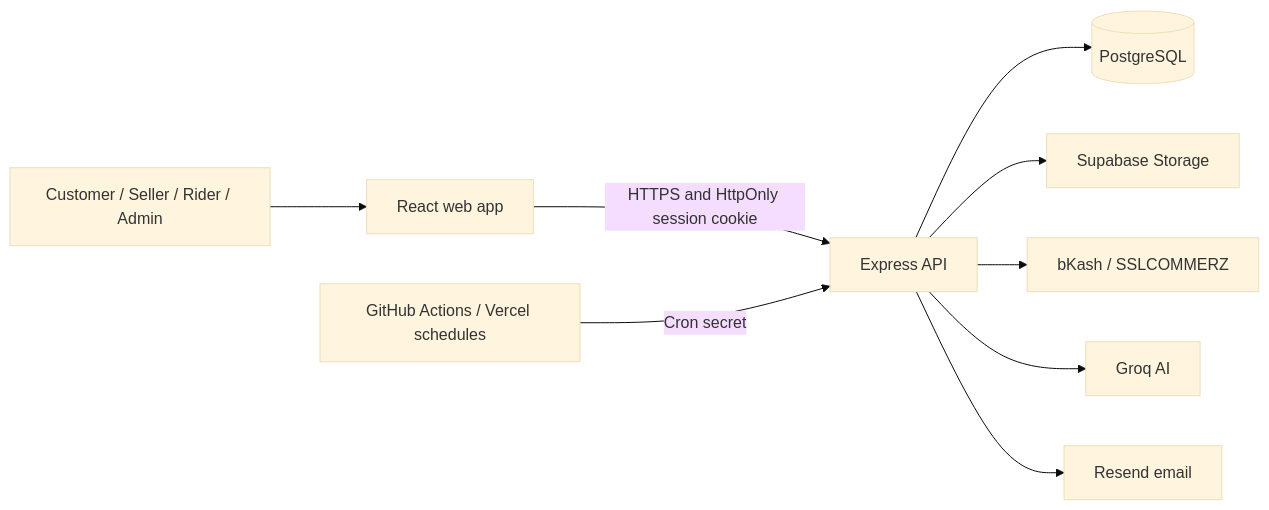
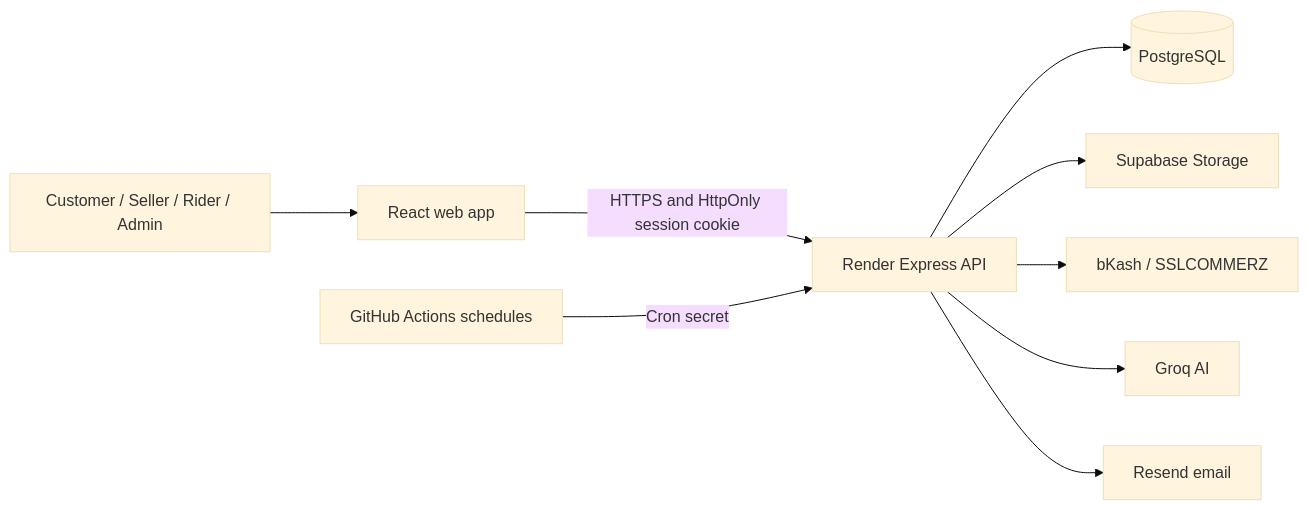
The diagram in README.md (Kairo-2081/ShopNiro), drawn with Mermaid (base theme) before and after one commit. The commit also changed other lines of this file and 3 other files, not shown here.

````diff
--- a/README.md
+++ b/README.md
@@ -112,11 +159,11 @@
 ```mermaid
 flowchart LR
     U[Customer / Seller / Rider / Admin] --> W[React web app]
-    W -->|HTTPS and HttpOnly session cookie| A[Express API]
+    W -->|HTTPS and HttpOnly session cookie| A[Render Express API]
     A --> D[(PostgreSQL)]
     A --> S[Supabase Storage]
     A --> P[bKash / SSLCOMMERZ]
     A --> G[Groq AI]
     A --> E[Resend email]
-    J[GitHub Actions / Vercel schedules] -->|Cron secret| A
+    J[GitHub Actions schedules] -->|Cron secret| A
 ```
````
